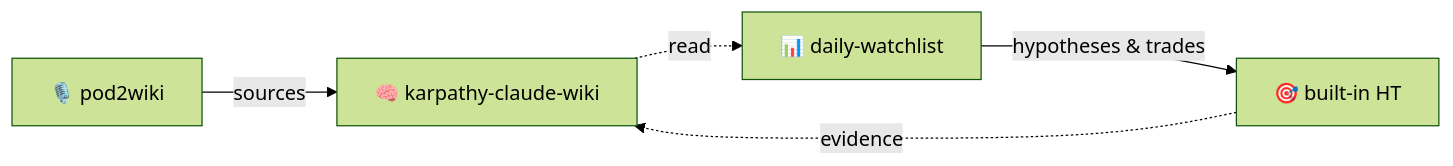
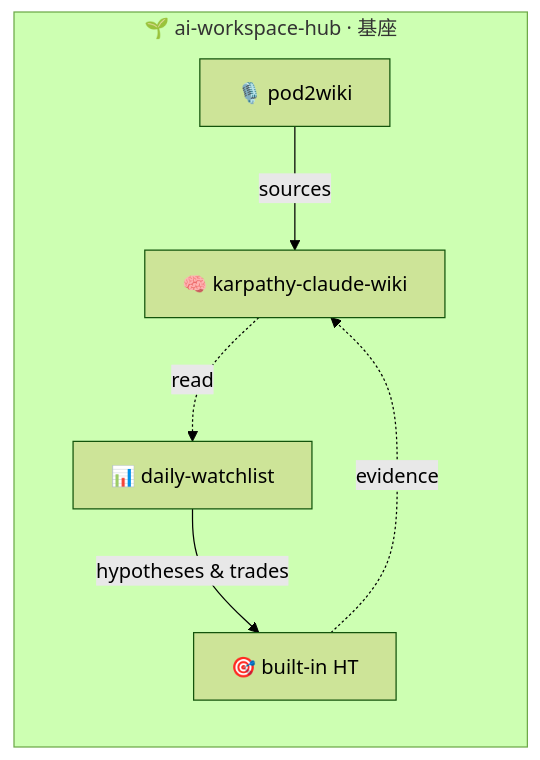
Before and after one commit to Benboerba620/Benboerba620: the diagram in README.md, drawn with Mermaid (forest theme). The commit also changed other lines of this file, not shown here.

First line of the commit message:
profile: 把 ai-workspace-hub 立为「主打基座」上封面

````diff
--- a/README.md
+++ b/README.md
@@ -17,7 +27,9 @@
 ```mermaid
 flowchart LR
-    P[🎙️ pod2wiki] -->|sources| W[🧠 karpathy-claude-wiki]
-    W -.->|read| D[📊 daily-watchlist]
-    D -->|hypotheses & trades| DHT[🎯 built-in HT]
-    DHT -.->|evidence| W
+    subgraph HUB[🌱 ai-workspace-hub · 基座]
+        P[🎙️ pod2wiki] -->|sources| W[🧠 karpathy-claude-wiki]
+        W -.->|read| D[📊 daily-watchlist]
+        D -->|hypotheses & trades| DHT[🎯 built-in HT]
+        DHT -.->|evidence| W
+    end
 ```
````
